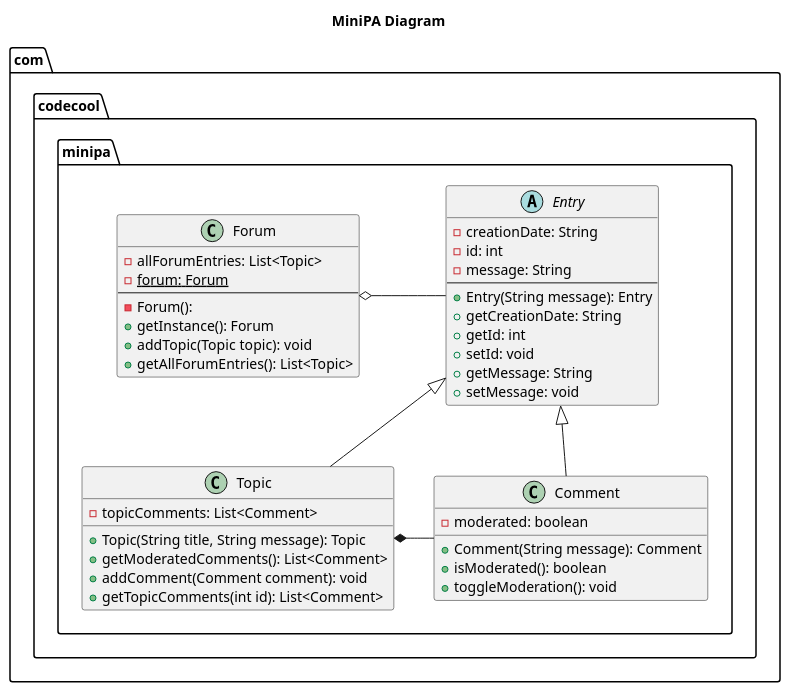
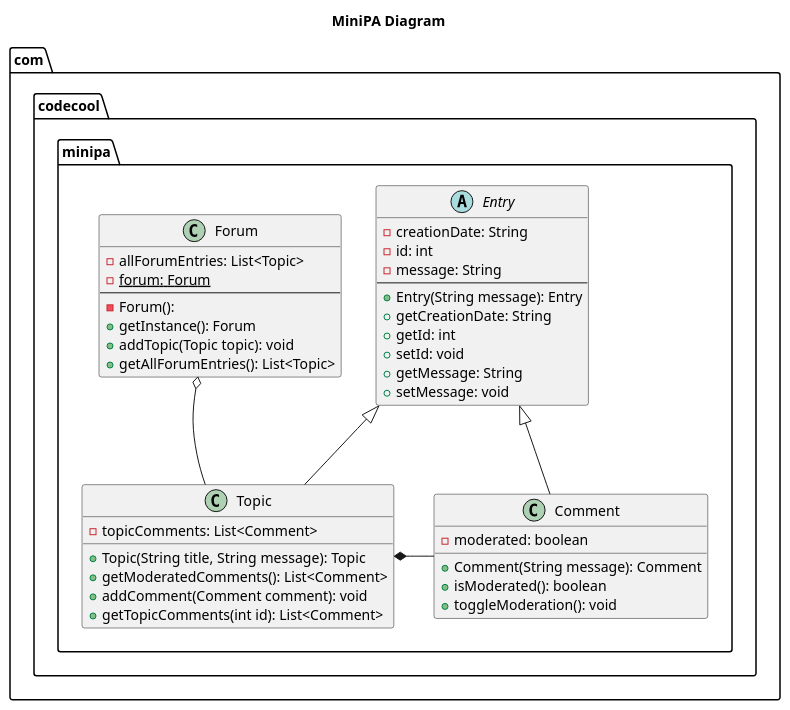
One commit to silviurdr/java-mini-pa changed the diagram in Diagrams/Diagram.puml. Above: the diagram before and after it, drawn with PlantUML. The commit also changed 1 other file, not shown here.

Commit message:
Small change to diagram

```diff
--- a/Diagrams/Diagram.puml
+++ b/Diagrams/Diagram.puml
@@ -1,69 +1,69 @@
 @startuml
 
 
 title MiniPA Diagram
 
 
 package "com.codecool.minipa" {
 
 
     together {
 
         class Forum {
                 - allForumEntries: List<Topic>
                 - {static} forum: Forum
                 --
                 - Forum():
                 + getInstance(): Forum
                 + addTopic(Topic topic): void
                 + getAllForumEntries(): List<Topic>
         }
 
         abstract class Entry {
             - creationDate: String
             - id: int
             - message: String
             --
             + Entry(String message): Entry
             + getCreationDate: String
             + getId: int
             + setId: void
             + getMessage: String
             + setMessage: void
         }
 
     }
 
     together {
 
         class Topic extends Entry {
 
             - topicComments: List<Comment>
             + Topic(String title, String message): Topic
             + getModeratedComments(): List<Comment>
             + addComment(Comment comment): void
             + getTopicComments(int id): List<Comment>
         }
 
 
         class Comment extends Entry {
 
                     - moderated: boolean
                     + Comment(String message): Comment
                     + isModerated(): boolean
                     + toggleModeration(): void
                 }
 
 
     }
 
-Forum o- Entry : "               "
+Forum o- Topic : "               "
 Topic *- Comment : " "
 
 Forum -[hidden]-> Topic
 
 
 }
 
 
 @enduml
```
